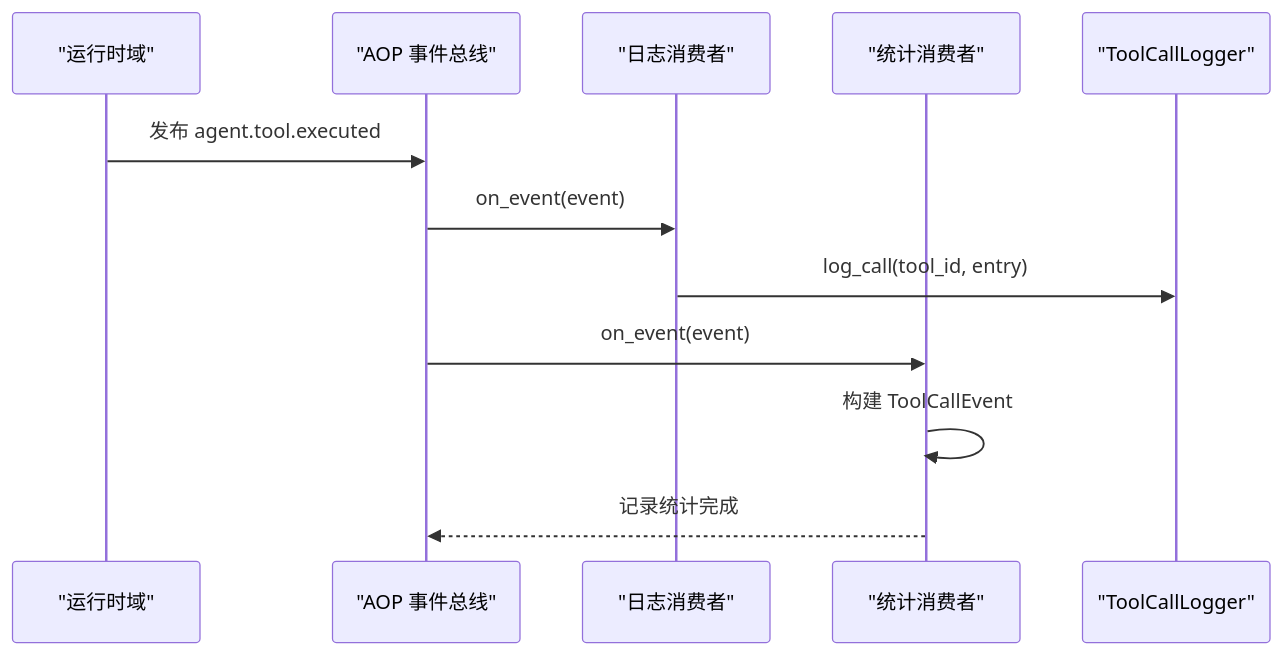
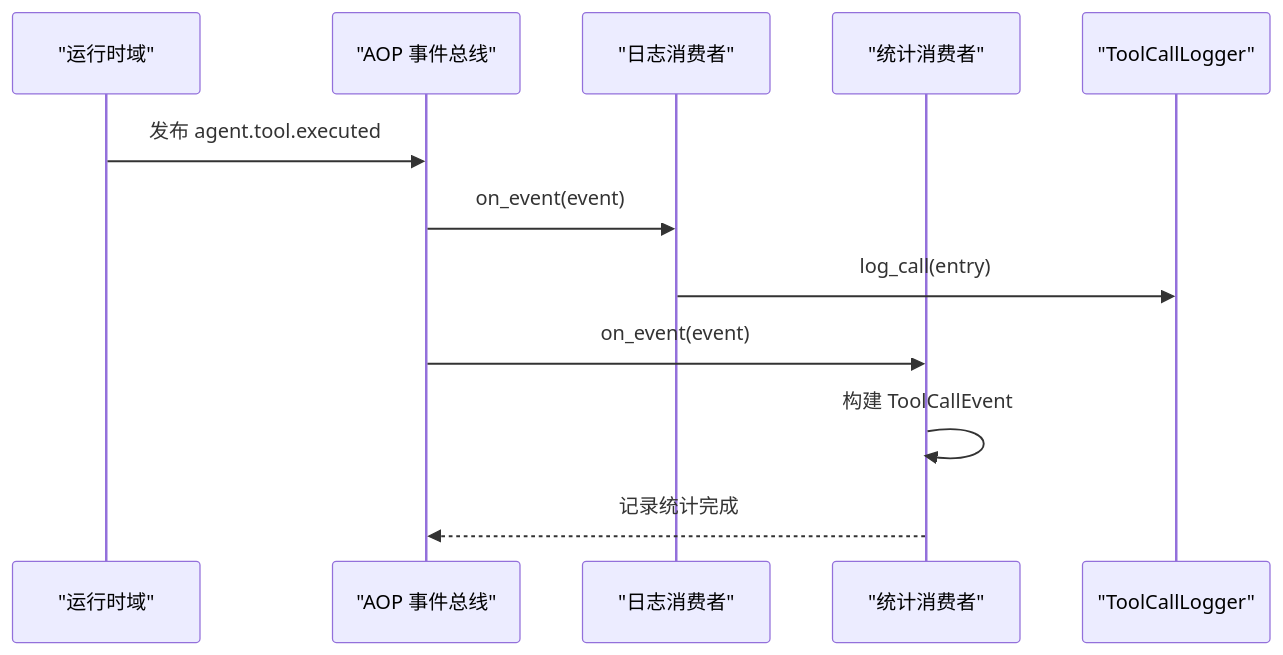
Before and after one commit to runningcoders/ai_orz: the sixth of 8 diagrams in docs/wiki/zh/content/功能模块/工具生态系统/工具执行引擎.md, drawn with Mermaid. The commit also changed other lines of this file and 6 other files, not shown here.

Commit message:
docs(wiki): 同步工具调用追踪与记忆写入现状 — call trace 路径改为 tools/call_trace/{YYYYMMDD}.jsonl，log_call/DailyJsonlWriter 签名与时序图更新（拉平 + 不数行 + append_batch），ToolCallLogger 不再按 tool_id 组织目录

````diff
--- a/docs/wiki/zh/content/功能模块/工具生态系统/工具执行引擎.md
+++ b/docs/wiki/zh/content/功能模块/工具生态系统/工具执行引擎.md
@@ -274,14 +274,14 @@
 ```mermaid
 sequenceDiagram
 participant RT as "运行时域"
 participant AOP as "AOP 事件总线"
 participant LOGC as "日志消费者"
 participant STATC as "统计消费者"
 participant LGR as "ToolCallLogger"
 RT->>AOP : 发布 agent.tool.executed
 AOP->>LOGC : on_event(event)
-LOGC->>LGR : log_call(tool_id, entry)
+LOGC->>LGR : log_call(entry)
 AOP->>STATC : on_event(event)
 STATC->>STATC : 构建 ToolCallEvent
 STATC-->>AOP : 记录统计完成
 ```
````
